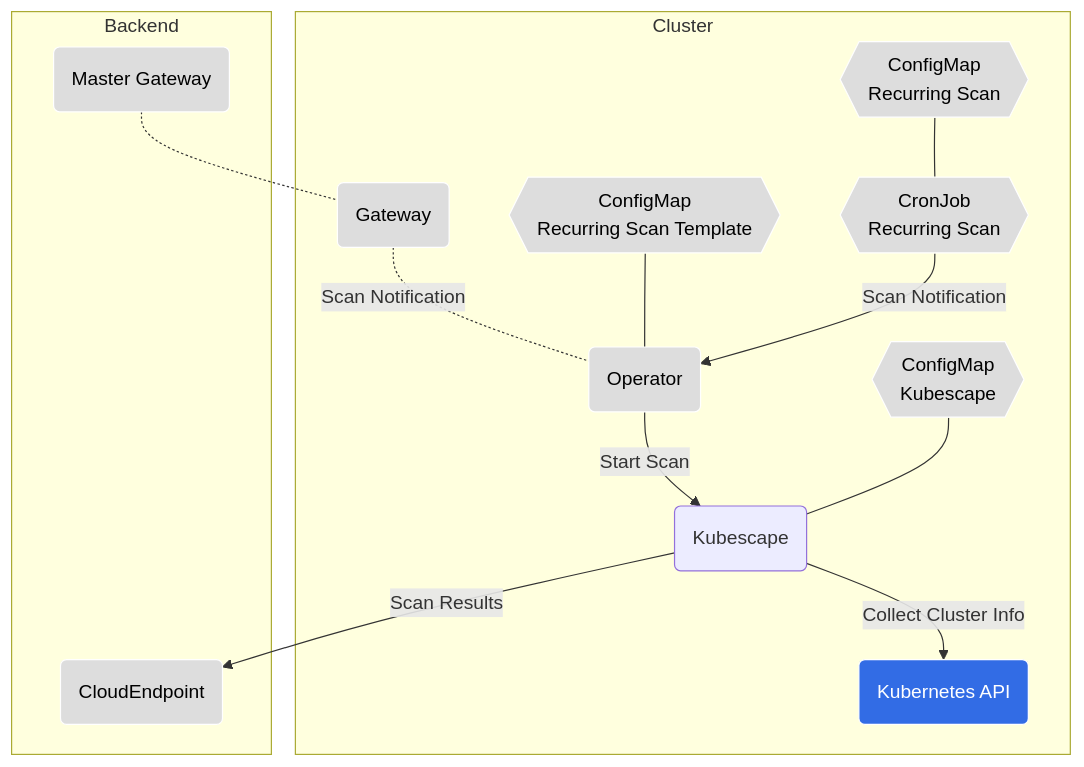
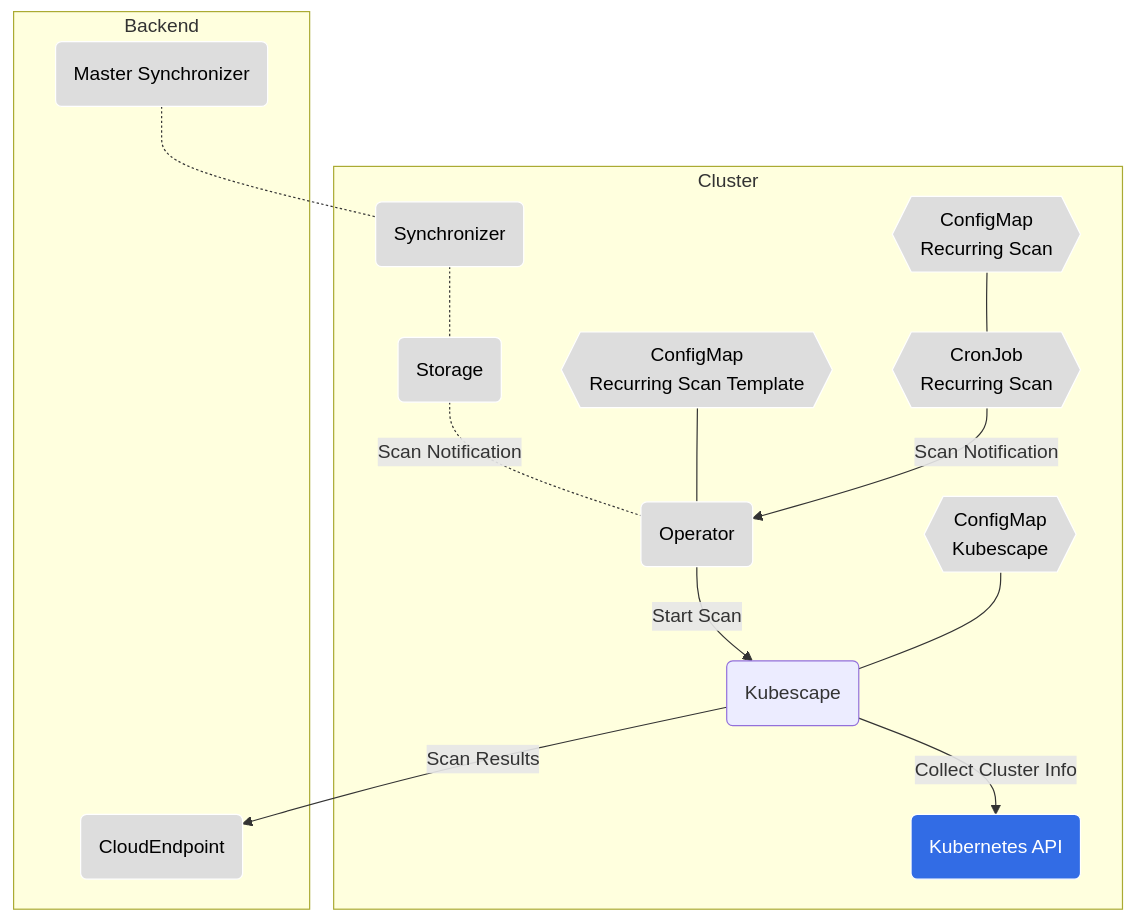
One commit to kubescape/helm-charts changed the sixth of 7 diagrams in charts/kubescape-operator/README.md. Above: the diagram before and after it, drawn with Mermaid. The commit also changed other lines of this file and 1 other file, not shown here.

Commit message:
update readme and diagrams

````diff
--- a/charts/kubescape-operator/README.md
+++ b/charts/kubescape-operator/README.md
@@ -342,36 +388,37 @@
 ```mermaid
 graph TB
 
 subgraph Cluster
     ks(Kubescape)
     k8sApi(Kubernetes API)
     operator(Operator)
-    gateway(Gateway)
+    store(Storage)
+    sync(Synchronizer)
     ksCm{{ConfigMap<br>Kubescape }}
     recurringScanCj{{CronJob<br>Recurring Scan }}
     recurringScanCm{{ConfigMap<br>Recurring Scan }}
     recurringTempCm{{ConfigMap<br>Recurring Scan Template }}
 end
 
-masterGateway .- gateway
-gateway .-|Scan Notification| operator
+masterSync .- sync
+sync .- store .-|Scan Notification| operator
 operator -->|Start Scan| ks
 ks-->|Collect Cluster Info|k8sApi
 ksCm --- ks
 recurringTempCm --- operator
 recurringScanCj -->|Scan Notification| operator
 recurringScanCm --- recurringScanCj
 subgraph Backend
     er(CloudEndpoint)
-    masterGateway("Master Gateway")
+    masterSync("Master Synchronizer")
     ks -->|Scan Results| er
 end;
 
 classDef k8s fill:#326ce5,stroke:#fff,stroke-width:1px,color:#fff;
 classDef plain fill:#ddd,stroke:#fff,stroke-width:1px,color:#000
 
 class k8sApi k8s
-class ksCm,recurringScanCm,operator,er,gateway,masterGateway,recurringScanCj,recurringTempCm plain
+class ksCm,recurringScanCm,operator,er,store,masterSync,recurringScanCj,recurringTempCm,sync plain
 
 
 ```
````
